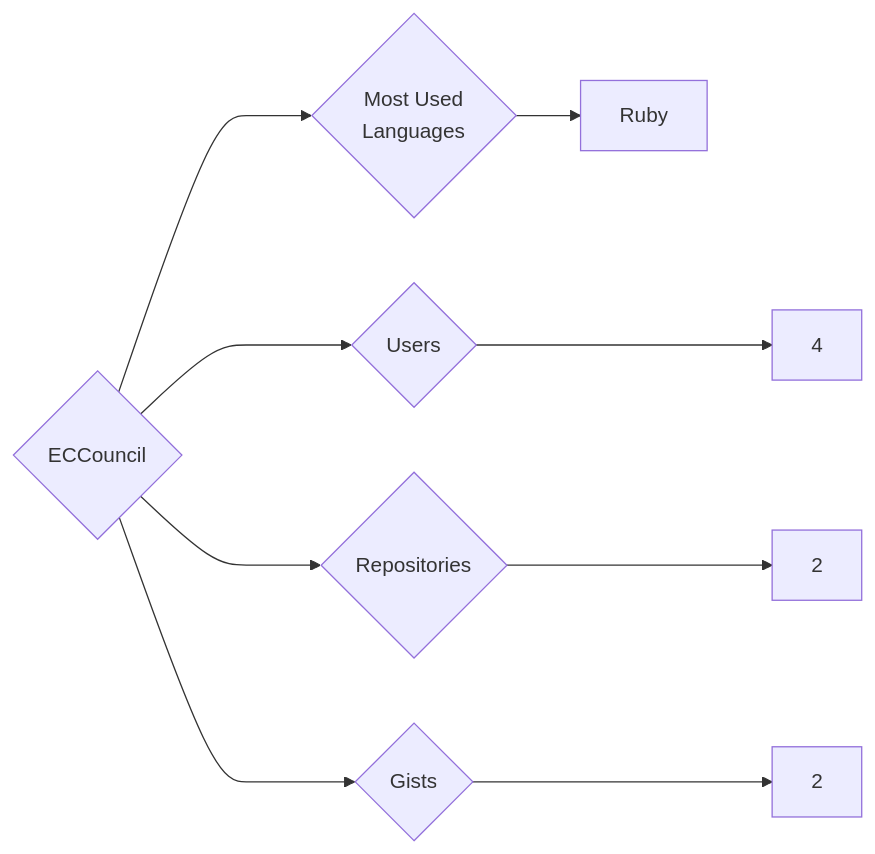
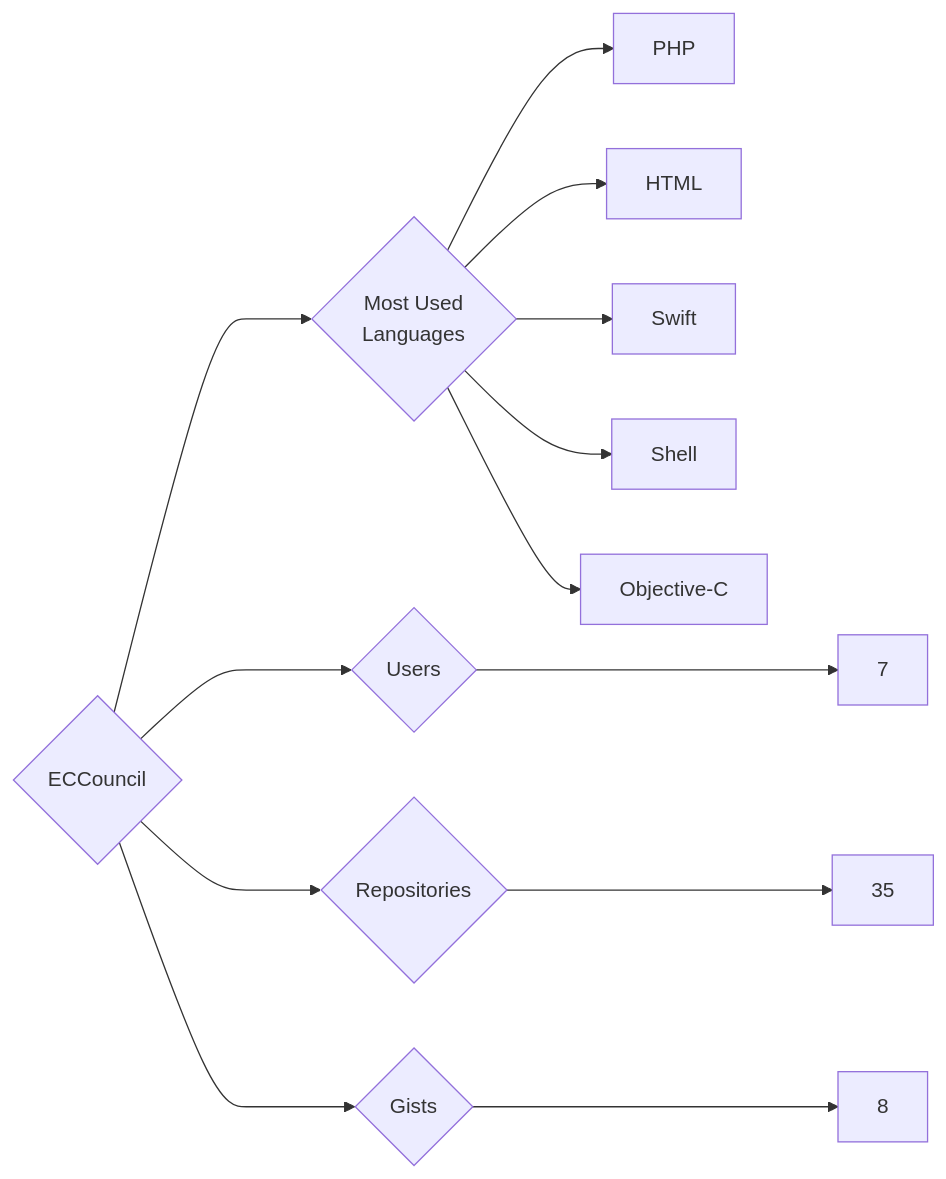
The diagram in targets/ECCouncil/README.md (trickest/insiders), drawn with Mermaid before and after one commit. The commit also changed 938 other files, not shown here.

````diff
--- a/targets/ECCouncil/README.md
+++ b/targets/ECCouncil/README.md
@@ -3,9 +3,13 @@
 ```mermaid
 graph LR
 COMPANY_NAME{ECCouncil}
-COMPANY_NAME ---> U{Users} ---> UN[4]
-COMPANY_NAME ---> R{Repositories} ---> RN[2]
-COMPANY_NAME ---> G{Gists} ---> GN[2]
+COMPANY_NAME ---> U{Users} ---> UN[7]
+COMPANY_NAME ---> R{Repositories} ---> RN[35]
+COMPANY_NAME ---> G{Gists} ---> GN[8]
 COMPANY_NAME ---> ML{Most Used<br>Languages}
-ML --> Ruby[Ruby]
+ML --> PHP[PHP]
+ML --> HTML[HTML]
+ML --> Swift[Swift]
+ML --> Shell[Shell]
+ML --> Objective-C[Objective-C]
 ```
````
